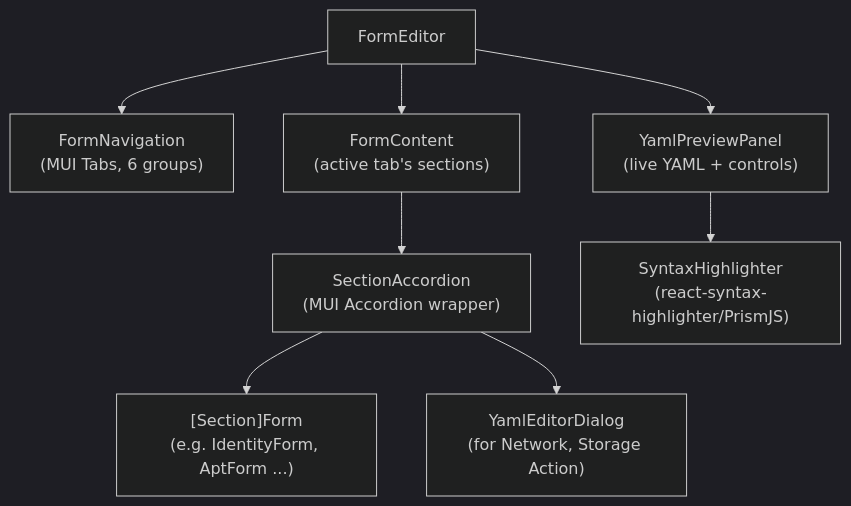
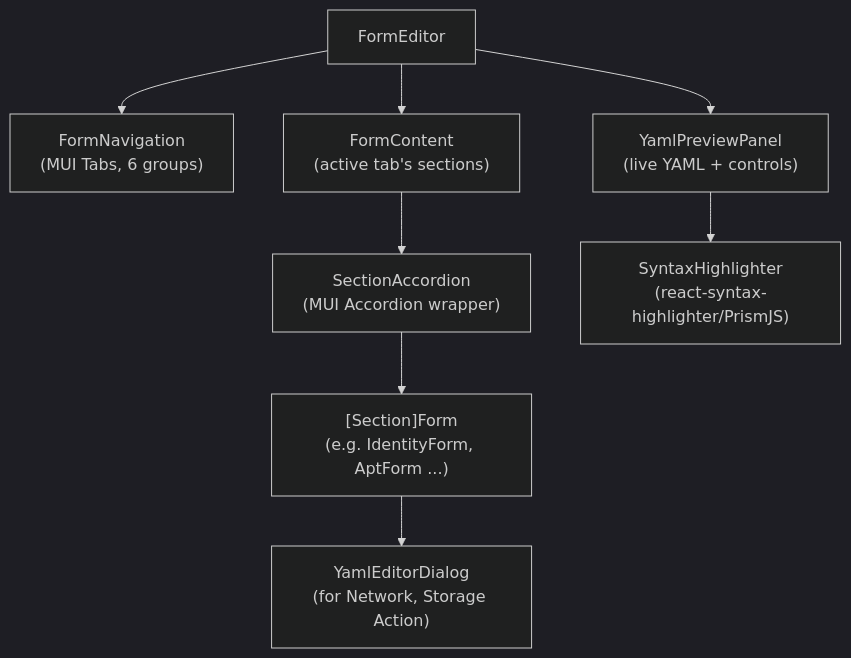
The second of 2 diagrams in docs/arc42/05-building-block-view.md (metaph3r/autoinstall-generator), drawn with Mermaid (dark theme) before and after one commit. The commit also changed other lines of this file and 11 other files, not shown here.

````diff
--- a/docs/arc42/05-building-block-view.md
+++ b/docs/arc42/05-building-block-view.md
@@ -51,19 +55,19 @@
 ```mermaid
 graph TD
     FormEditor["FormEditor"]
     FormNavigation["FormNavigation\n(MUI Tabs, 6 groups)"]
     FormContent["FormContent\n(active tab's sections)"]
     YamlPreviewPanel["YamlPreviewPanel\n(live YAML + controls)"]
     SectionAccordion["SectionAccordion\n(MUI Accordion wrapper)"]
     SectionForm["[Section]Form\n(e.g. IdentityForm, AptForm ...)"]
     YamlEditorDialog["YamlEditorDialog\n(for Network, Storage Action)"]
     SyntaxHighlighter["SyntaxHighlighter\n(react-syntax-highlighter/PrismJS)"]
 
     FormEditor --> FormNavigation
     FormEditor --> FormContent
     FormEditor --> YamlPreviewPanel
     FormContent --> SectionAccordion
     SectionAccordion --> SectionForm
-    SectionAccordion --> YamlEditorDialog
+    SectionForm --> YamlEditorDialog
     YamlPreviewPanel --> SyntaxHighlighter
 ```
````
